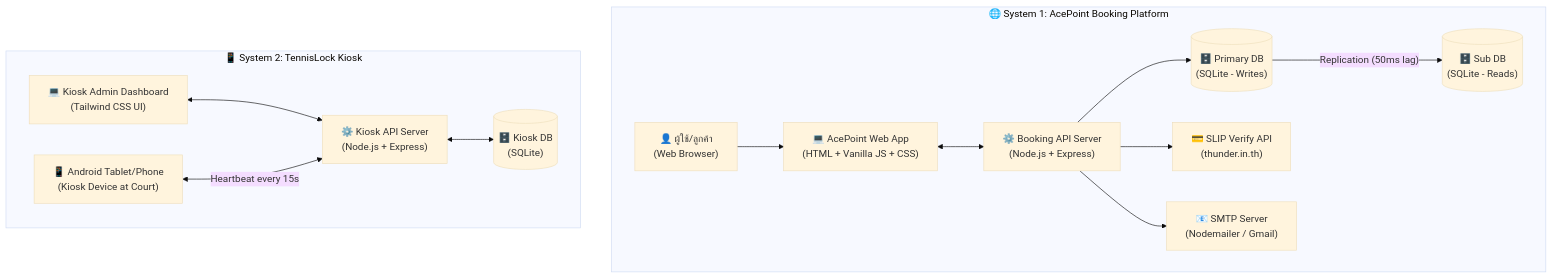
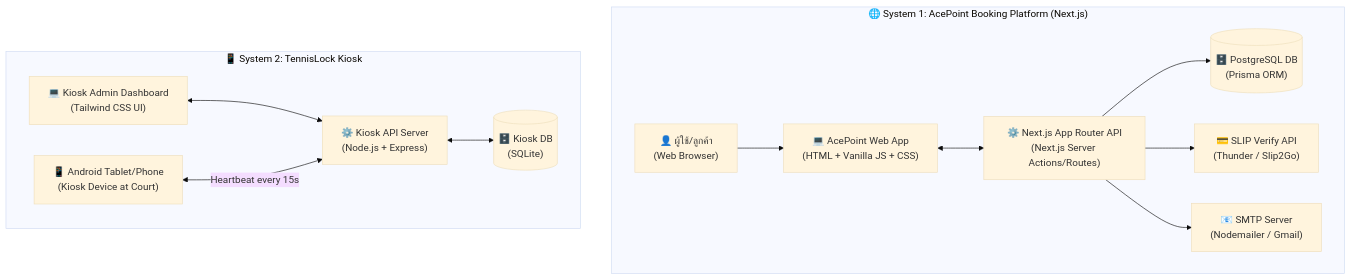
One commit to Entity014/Tennis_App changed the first of 4 diagrams in README.md. Above: the diagram before and after it, drawn with Mermaid (base theme). The commit also changed other lines of this file, not shown here.

Commit message:
docs: update README.md with Next.js migration, PostgreSQL setup, and slip verification workflow

````diff
--- a/README.md
+++ b/README.md
@@ -14,30 +14,28 @@
 ```mermaid
 graph TD
-    subgraph "🌐 System 1: AcePoint Booking Platform"
+    subgraph "🌐 System 1: AcePoint Booking Platform (Next.js)"
         User["👤 ผู้ใช้/ลูกค้า\n(Web Browser)"]
         BookingWeb["💻 AcePoint Web App\n(HTML + Vanilla JS + CSS)"]
-        BookingServer["⚙️ Booking API Server\n(Node.js + Express)"]
-        PrimaryDB[("🗄️ Primary DB\n(SQLite - Writes)")]
-        SubDB[("🗄️ Sub DB\n(SQLite - Reads)")]
-        SlipAPI["💳 SLIP Verify API\n(thunder.in.th)"]
+        BookingServer["⚙️ Next.js App Router API\n(Next.js Server Actions/Routes)"]
+        Database[("🗄️ PostgreSQL DB\n(Prisma ORM)")]
+        SlipAPI["💳 SLIP Verify API\n(Thunder / Slip2Go)"]
         SMTP["📧 SMTP Server\n(Nodemailer / Gmail)"]
     end
 
     subgraph "📱 System 2: TennisLock Kiosk"
         KioskDevice["📱 Android Tablet/Phone\n(Kiosk Device at Court)"]
         LockServer["⚙️ Kiosk API Server\n(Node.js + Express)"]
         KioskDB[("🗄️ Kiosk DB\n(SQLite)")]
         AdminDash["💻 Kiosk Admin Dashboard\n(Tailwind CSS UI)"]
     end
 
     User --> BookingWeb
     BookingWeb <--> BookingServer
-    BookingServer --> PrimaryDB
-    PrimaryDB -->|"Replication (50ms lag)"| SubDB
+    BookingServer --> Database
     BookingServer --> SlipAPI
     BookingServer --> SMTP
 
     AdminDash <--> LockServer
     LockServer <--> KioskDB
     KioskDevice <-->|"Heartbeat every 15s"| LockServer
 ```
````
